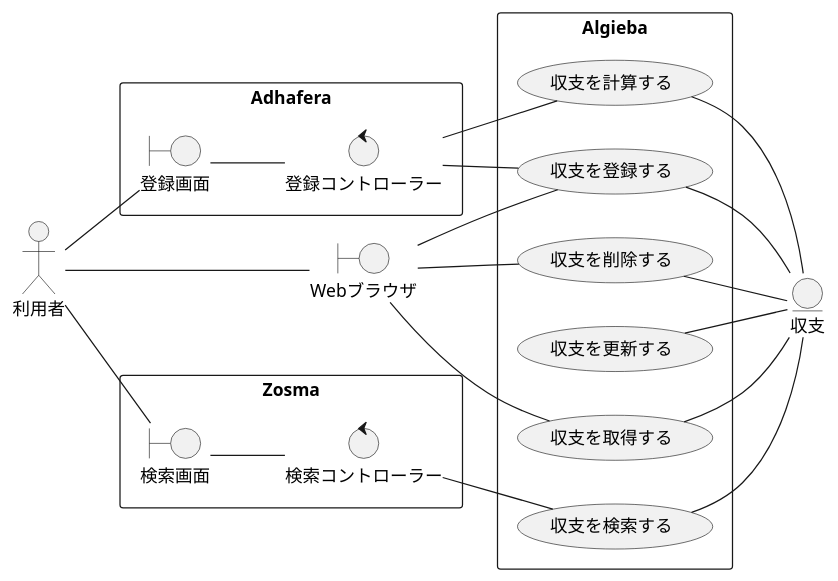
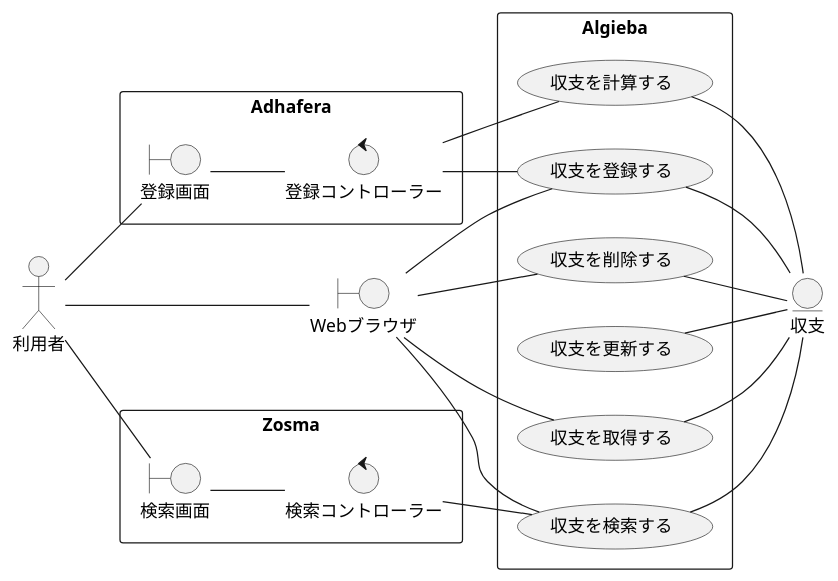
Before and after one commit to Leonis0813/chort: the diagram in payment_manager/index.rst, drawn with PlantUML. The commit also changed 1 other file, not shown here.

Commit message:
update requirements

```diff
--- a/payment_manager/index.rst
+++ b/payment_manager/index.rst
@@ -18,38 +18,39 @@
 .. uml::
 
    left to right direction
    skinparam packageStyle rect
    actor 利用者
    entity 収支
 
    rectangle Adhafera {
      boundary 登録画面
      control 登録コントローラー
      利用者 -- 登録画面
      登録画面 -- 登録コントローラー
    }
 
    rectangle Zosma {
      boundary 検索画面
      control 検索コントローラー
      利用者 -- 検索画面
      検索画面 -- 検索コントローラー
    }
 
    boundary Webブラウザ
    利用者 -- Webブラウザ
 
    rectangle Algieba {
      登録コントローラー -- (収支を登録する)
      Webブラウザ -- (収支を登録する)
      (収支を登録する) -- 収支
      Webブラウザ -- (収支を取得する)
      (収支を取得する) -- 収支
+     Webブラウザ -- (収支を検索する)
      検索コントローラー -- (収支を検索する)
      (収支を検索する) -- 収支
      (収支を更新する) -- 収支
      Webブラウザ -- (収支を削除する)
      (収支を削除する) -- 収支
      登録コントローラー -- (収支を計算する)
      (収支を計算する) -- 収支
    }
```
